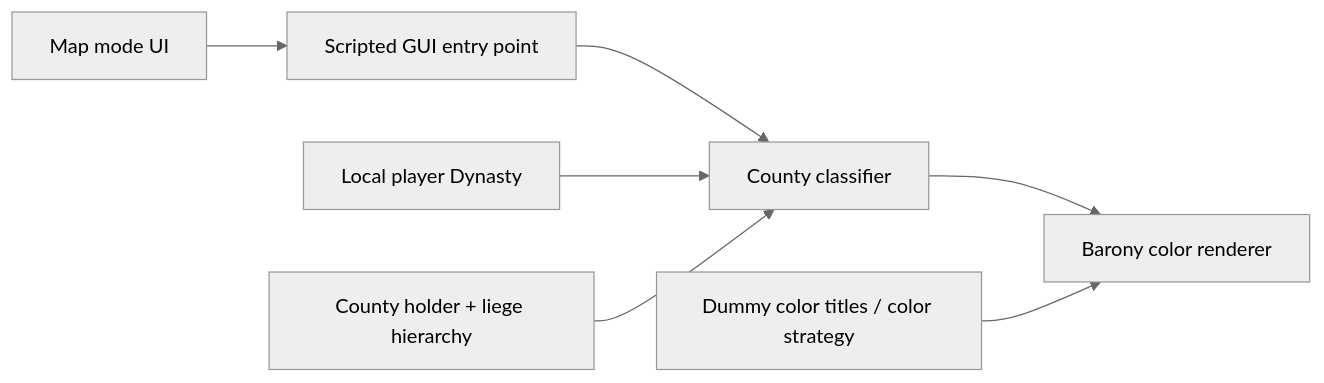
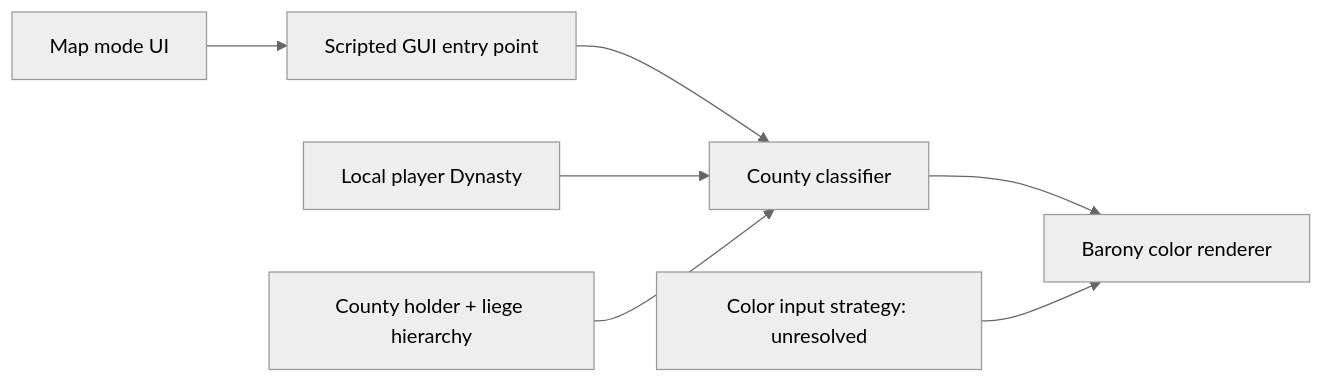
The first of 2 diagrams in docs/ARCHITECTURE.md (mhaduk/ck3-dynasty-map), drawn with Mermaid (neutral theme) before and after one commit. The commit also changed other lines of this file and 18 other files, not shown here.

````diff
--- a/docs/ARCHITECTURE.md
+++ b/docs/ARCHITECTURE.md
@@ -9,9 +9,9 @@
 ```mermaid
 flowchart LR
     UI[Map mode UI] --> SG[Scripted GUI entry point]
     SG --> C[County classifier]
     C --> R[Barony color renderer]
     P[Local player Dynasty] --> C
     H[County holder + liege hierarchy] --> C
-    COL[Dummy color titles / color strategy] --> R
+    COL[Color input strategy: unresolved] --> R
 ```
````
